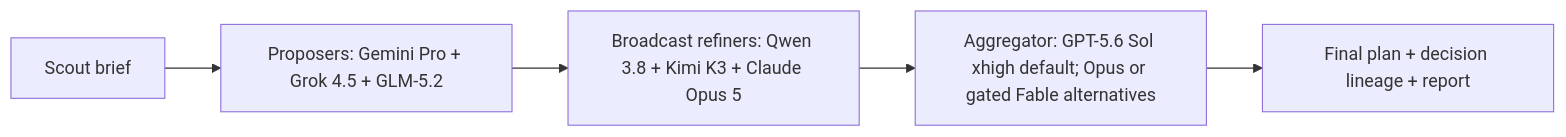
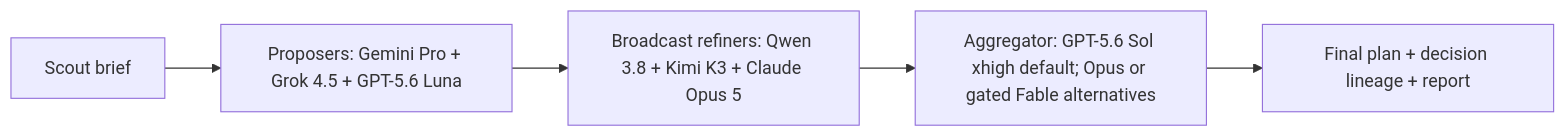
The diagram in docs/architecture.md (drivelineresearch/moa-x), drawn with Mermaid before and after one commit. The commit also changed other lines of this file and 85 other files, not shown here.

````diff
--- a/docs/architecture.md
+++ b/docs/architecture.md
@@ -8,7 +7,7 @@
 ```mermaid
 flowchart LR
-  S["Scout brief"] --> P["Proposers: Gemini Pro + Grok 4.5 + GLM-5.2"]
+  S["Scout brief"] --> P["Proposers: Gemini Pro + Grok 4.5 + GPT-5.6 Luna"]
   P --> R["Broadcast refiners: Qwen 3.8 + Kimi K3 + Claude Opus 5"]
   R --> A["Aggregator: GPT-5.6 Sol xhigh default; Opus or gated Fable alternatives"]
   A --> O["Final plan + decision lineage + report"]
 ```
````
